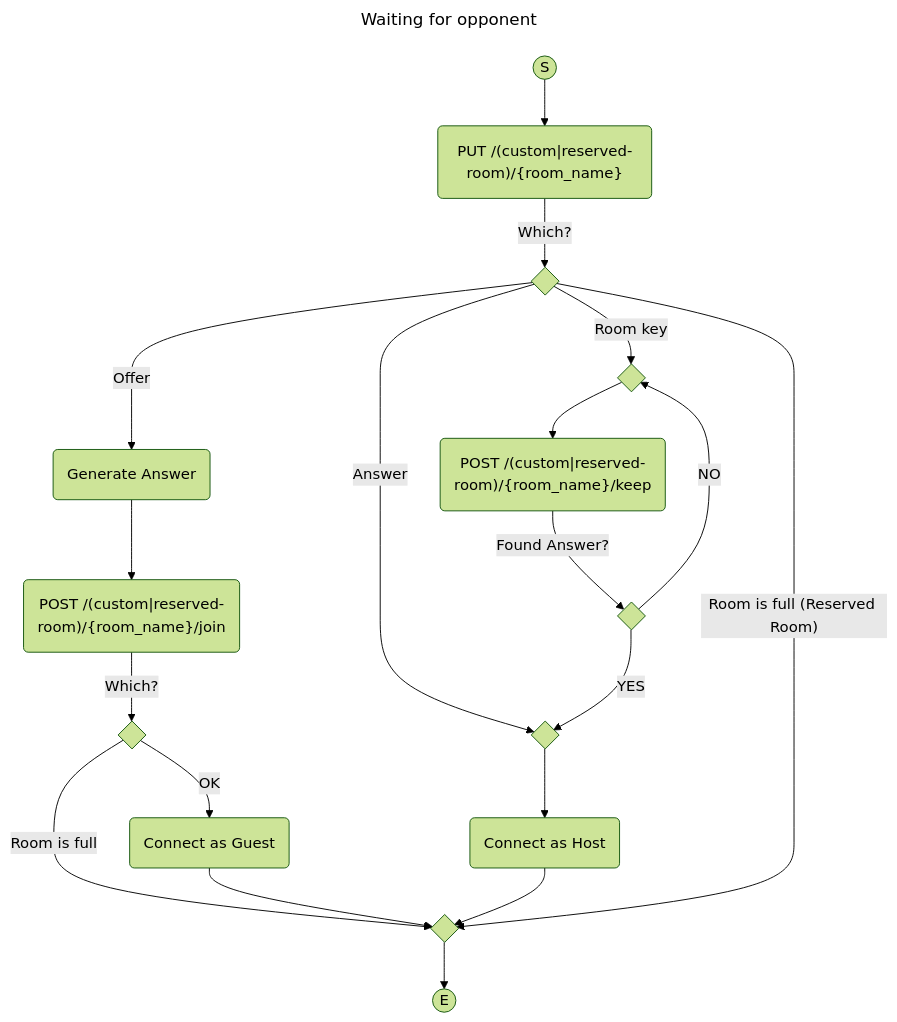
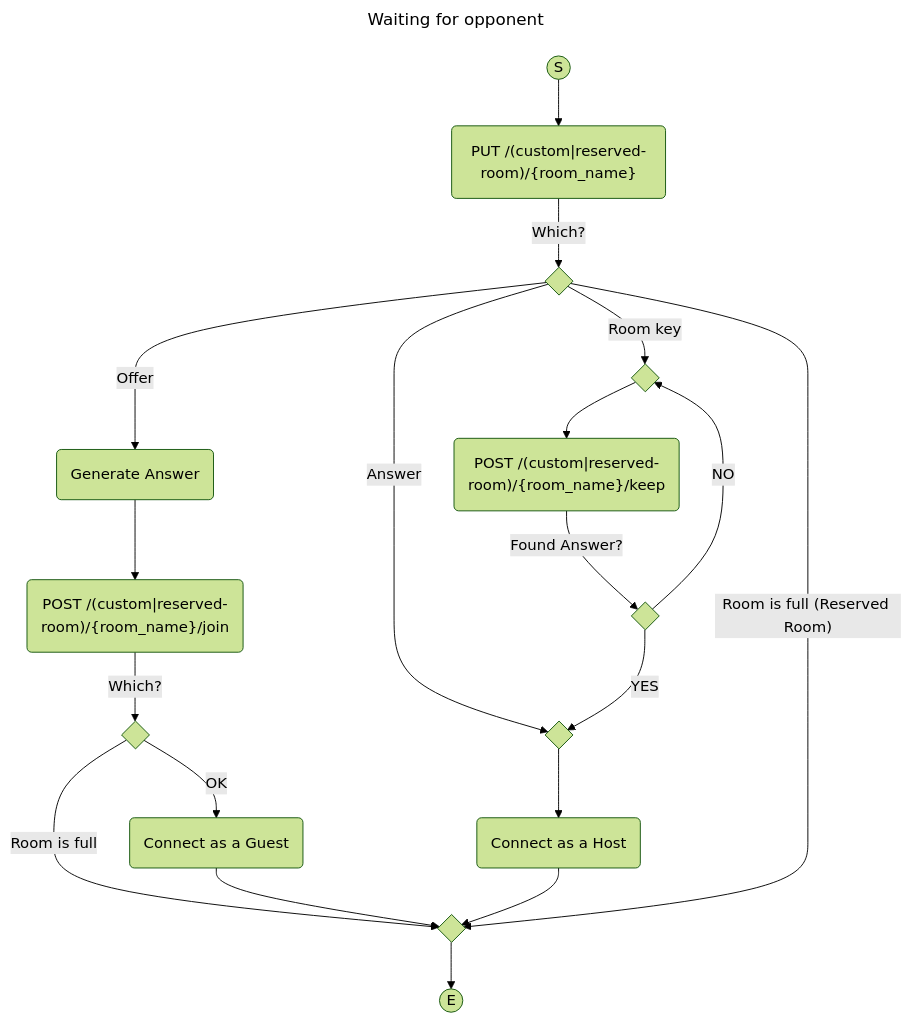
Before and after one commit to progre/junowen: the sixth of 8 diagrams in junowen-server/docs/activity-diagrams.md, drawn with Mermaid (forest theme). The commit also changed other lines of this file and 7 other files, not shown here.

````diff
--- a/junowen-server/docs/activity-diagrams.md
+++ b/junowen-server/docs/activity-diagrams.md
@@ -169,39 +169,39 @@
 ```mermaid
 ---
 title: Waiting for opponent
 ---
 
 flowchart TB
   direction TB
 
   2000((S))
   2000 --> 2020("PUT /(custom|reserved-room)/{room_name}")
   2020 -- Which? --> 2030{ }
     2030 -- Offer --> 2040(Generate Answer)
     2040 --> 2060("POST /(custom|reserved-room)/{room_name}/join")
     2060 -- Which? --> 2070{ }
       2070 -- Room is full --> 2998
       %% goto
     %% case
-      2070 -- OK --> 2080(Connect as Guest)
+      2070 -- OK --> 2080(Connect as a Guest)
       2080 --> 2998{ }
       %% goto
   %% case
     2030 -- Answer --> 2200{ }
-    2200 --> 2210(Connect as Host)
+    2200 --> 2210(Connect as a Host)
     2210 --> 2998
     %% goto
   %% case
     2030 -- Room key --> 2300{ }
     2300 --> 2320("POST /(custom|reserved-room)/{room_name}/keep")
     2320 -- Found Answer? --> 2330{ }
       2330 -- YES --> 2200
       %% goto
     %% case
       2330 -- NO --> 2300
       %% goto
   %% case
     2030 -- "Room is full (Reserved Room)" --> 2998
 
   2998 --> 2999((E))
 ```
````
